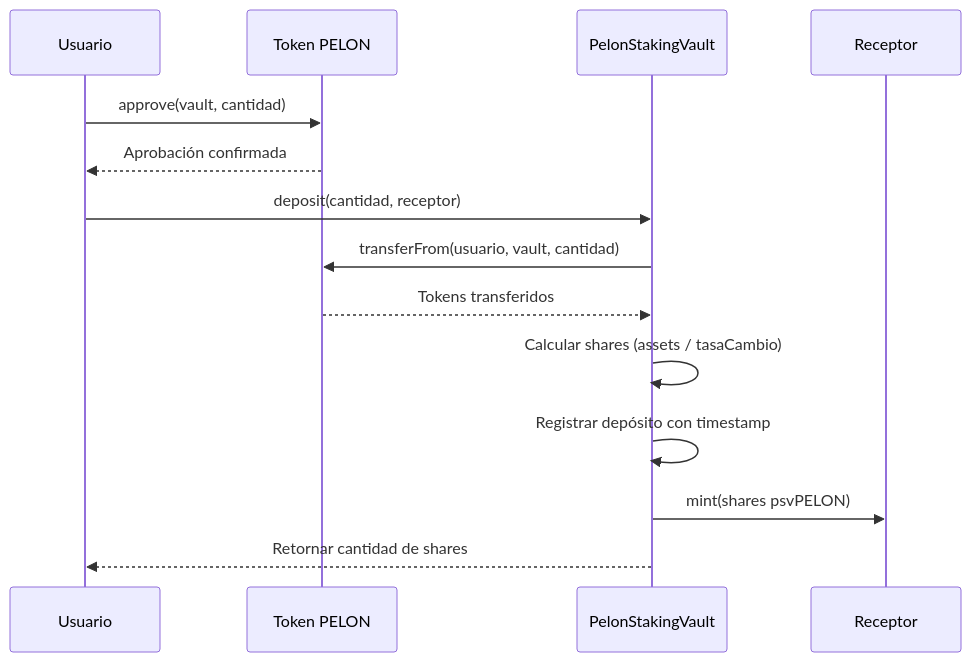
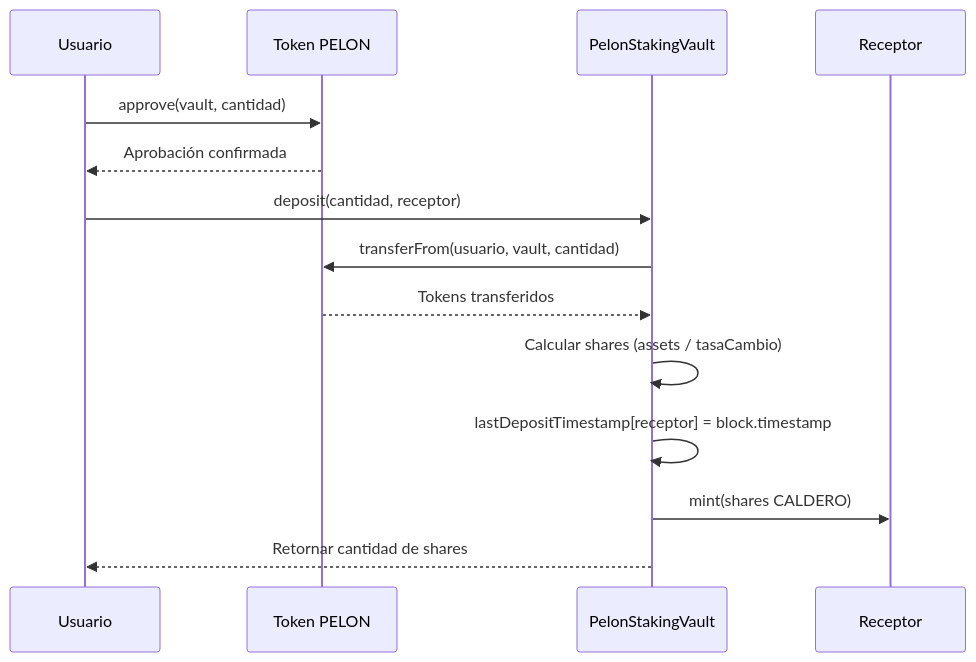
The first of 5 diagrams in docs/es/guia-usuario-vault-staking.md (PelonClub/PelonClub-BaseNetwork-Monorepo), drawn with Mermaid before and after one commit. The commit also changed other lines of this file and 9 other files, not shown here.

````diff
--- a/docs/es/guia-usuario-vault-staking.md
+++ b/docs/es/guia-usuario-vault-staking.md
@@ -50,17 +48,17 @@
 ```mermaid
 sequenceDiagram
     participant Usuario
     participant PELON as Token PELON
     participant Vault as PelonStakingVault
     participant Receptor
 
     Usuario->>PELON: approve(vault, cantidad)
     PELON-->>Usuario: Aprobación confirmada
     Usuario->>Vault: deposit(cantidad, receptor)
     Vault->>PELON: transferFrom(usuario, vault, cantidad)
     PELON-->>Vault: Tokens transferidos
     Vault->>Vault: Calcular shares (assets / tasaCambio)
-    Vault->>Vault: Registrar depósito con timestamp
-    Vault->>Receptor: mint(shares psvPELON)
+    Vault->>Vault: lastDepositTimestamp[receptor] = block.timestamp
+    Vault->>Receptor: mint(shares CALDERO)
     Vault-->>Usuario: Retornar cantidad de shares
 ```
````
